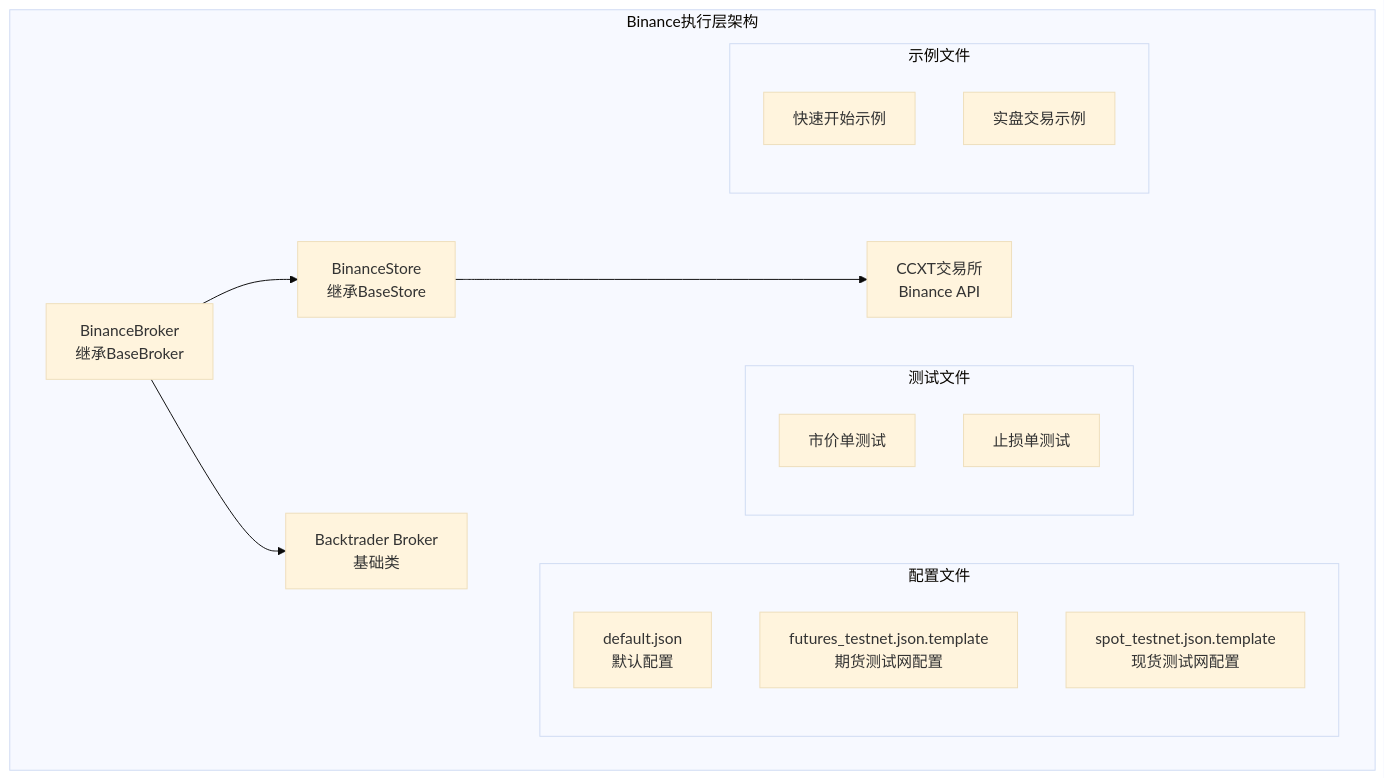
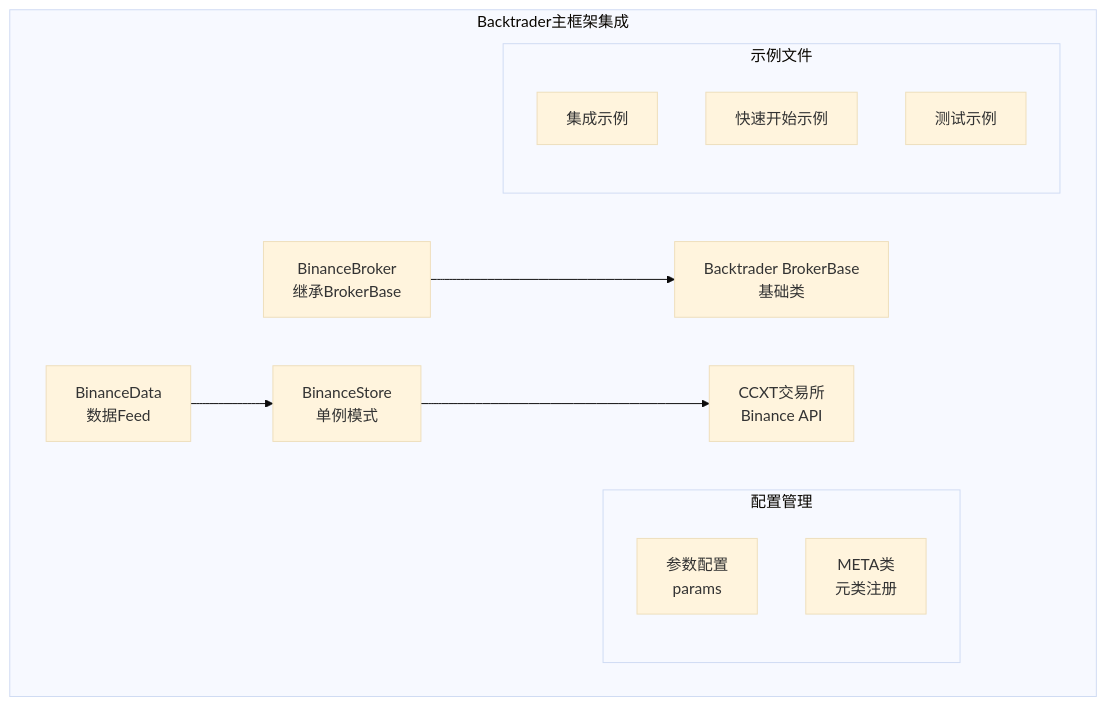
One commit to bench-prog/backtrader changed the first of 8 diagrams in .qoder/repowiki/zh/content/实盘交易模块/Binance交易所集成/BinanceBroker执行层.md. Above: the diagram before and after it, drawn with Mermaid (base theme). The commit also changed other lines of this file and 23 other files, not shown here.

````diff
--- a/.qoder/repowiki/zh/content/实盘交易模块/Binance交易所集成/BinanceBroker执行层.md
+++ b/.qoder/repowiki/zh/content/实盘交易模块/Binance交易所集成/BinanceBroker执行层.md
@@ -47,21 +46,17 @@
 ```mermaid
 graph TB
-subgraph "Binance执行层架构"
-BB[BinanceBroker<br/>继承BaseBroker] --> BS[BinanceStore<br/>继承BaseStore]
-BB --> BT[Backtrader Broker<br/>基础类]
-BS --> CS[CCXT交易所<br/>Binance API]
-subgraph "配置文件"
-DC[default.json<br/>默认配置]
-FT[futures_testnet.json.template<br/>期货测试网配置]
-ST[spot_testnet.json.template<br/>现货测试网配置]
-end
-subgraph "测试文件"
-TMO[市价单测试]
-TSL[止损单测试]
+subgraph "Backtrader主框架集成"
+BB[BinanceBroker<br/>继承BrokerBase] --> BT[Backtrader BrokerBase<br/>基础类]
+BS[BinanceStore<br/>单例模式] --> CS[CCXT交易所<br/>Binance API]
+BD[BinanceData<br/>数据Feed] --> BS
+subgraph "配置管理"
+DC[参数配置<br/>params]
+MT[META类<br/>元类注册]
 end
 subgraph "示例文件"
-QS[快速开始示例]
-LT[实盘交易示例]
+BE[集成示例]
+BQS[快速开始示例]
+BTST[测试示例]
 end
 end
 ```
````
